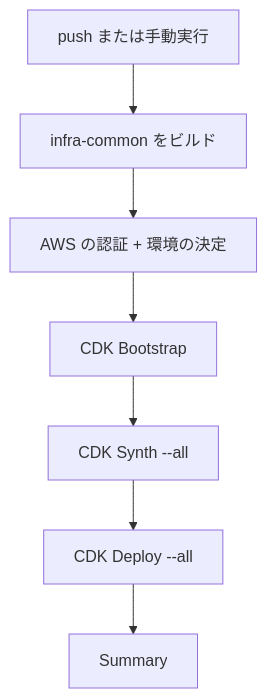
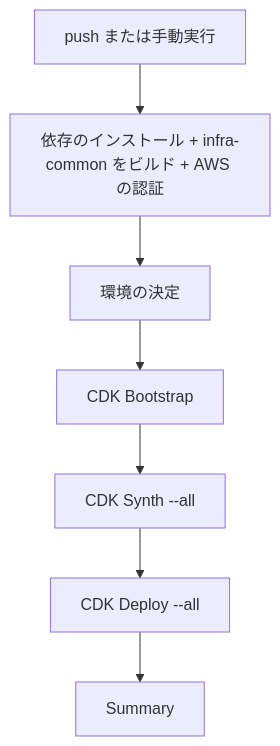
The first of 2 diagrams in docs/platform/specs/deploy.md (nagiyu/nagiyu-platform), drawn with Mermaid before and after one commit. The commit also changed other lines of this file and 28 other files, not shown here.

````diff
--- a/docs/platform/specs/deploy.md
+++ b/docs/platform/specs/deploy.md
@@ -217,9 +231,9 @@
 ```mermaid
 flowchart TD
-    A[push または手動実行] --> B[infra-common をビルド]
-    B --> C[AWS の認証 + 環境の決定]
+    A[push または手動実行] --> B[依存のインストール + infra-common をビルド + AWS の認証]
+    B --> C[環境の決定]
     C --> D[CDK Bootstrap]
     D --> E[CDK Synth --all]
     E --> F[CDK Deploy --all]
     F --> G[Summary]
 ```
````
